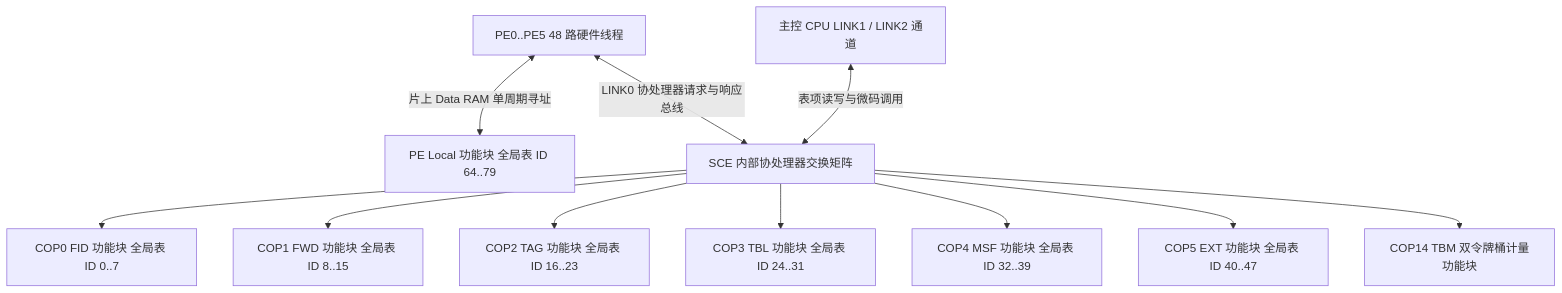
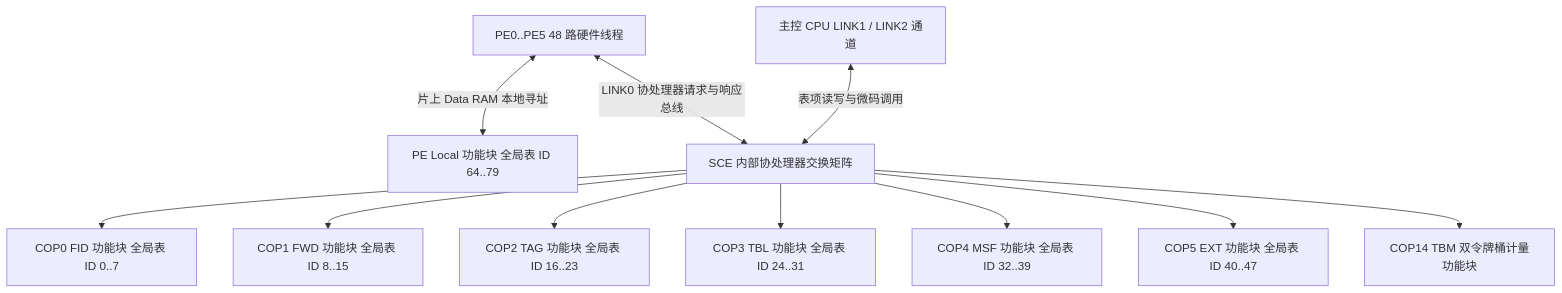
One commit to difanz/lantiq-falcon-s-docs changed the diagram in 05_coprocessors/05_sce_function_blocks.md. Above: the diagram before and after it, drawn with Mermaid. The commit also changed other lines of this file and 52 other files, not shown here.

````diff
--- a/05_coprocessors/05_sce_function_blocks.md
+++ b/05_coprocessors/05_sce_function_blocks.md
@@ -5,13 +5,13 @@
 ```mermaid
 flowchart TD
-    PE_THREADS["PE0..PE5 48 路硬件线程"] <-->|片上 Data RAM 单周期寻址| PE_LOCAL["PE Local 功能块 全局表 ID 64..79"]
+    PE_THREADS["PE0..PE5 48 路硬件线程"] <-->|片上 Data RAM 本地寻址| PE_LOCAL["PE Local 功能块 全局表 ID 64..79"]
     PE_THREADS <-->|LINK0 协处理器请求与响应总线| LINK_SW["SCE 内部协处理器交换矩阵"]
     HOST_CPU["主控 CPU LINK1 / LINK2 通道"] <-->|表项读写与微码调用| LINK_SW
     LINK_SW --> FB_FID["COP0 FID 功能块 全局表 ID 0..7"]
     LINK_SW --> FB_FWD["COP1 FWD 功能块 全局表 ID 8..15"]
     LINK_SW --> FB_TAG["COP2 TAG 功能块 全局表 ID 16..23"]
     LINK_SW --> FB_TBL["COP3 TBL 功能块 全局表 ID 24..31"]
     LINK_SW --> FB_MSF["COP4 MSF 功能块 全局表 ID 32..39"]
     LINK_SW --> FB_EXT["COP5 EXT 功能块 全局表 ID 40..47"]
     LINK_SW --> FB_TBM["COP14 TBM 双令牌桶计量功能块"]
 ```
````
